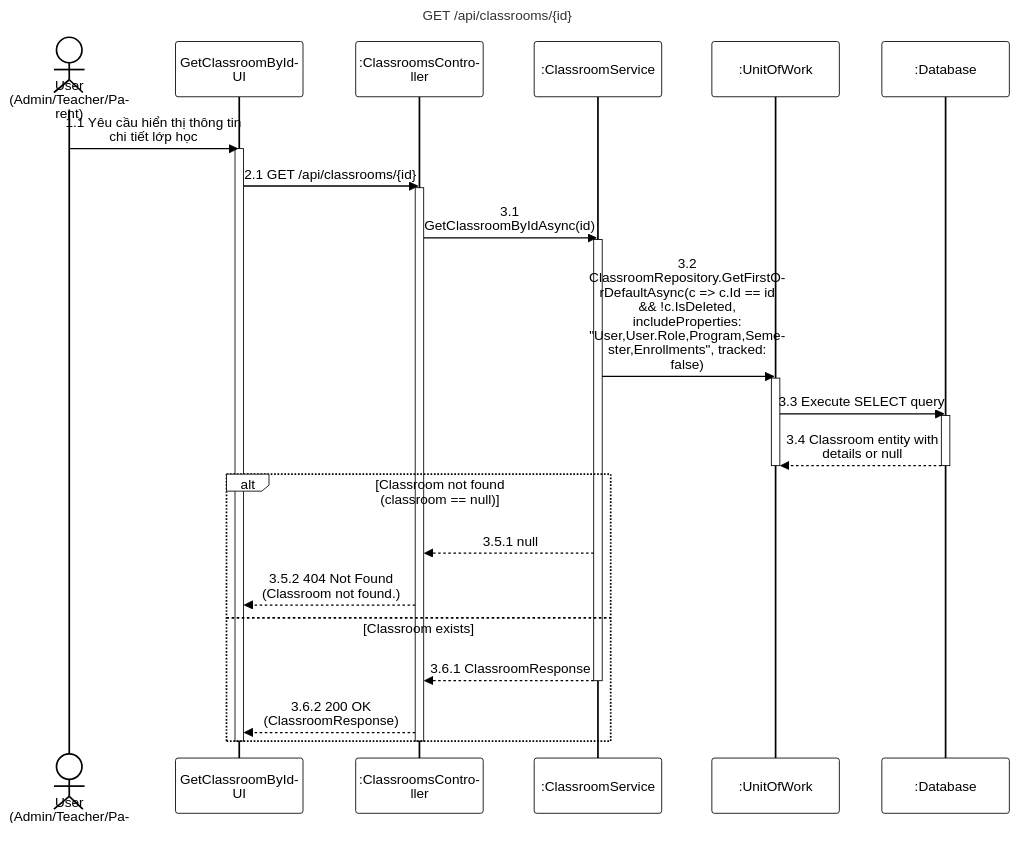
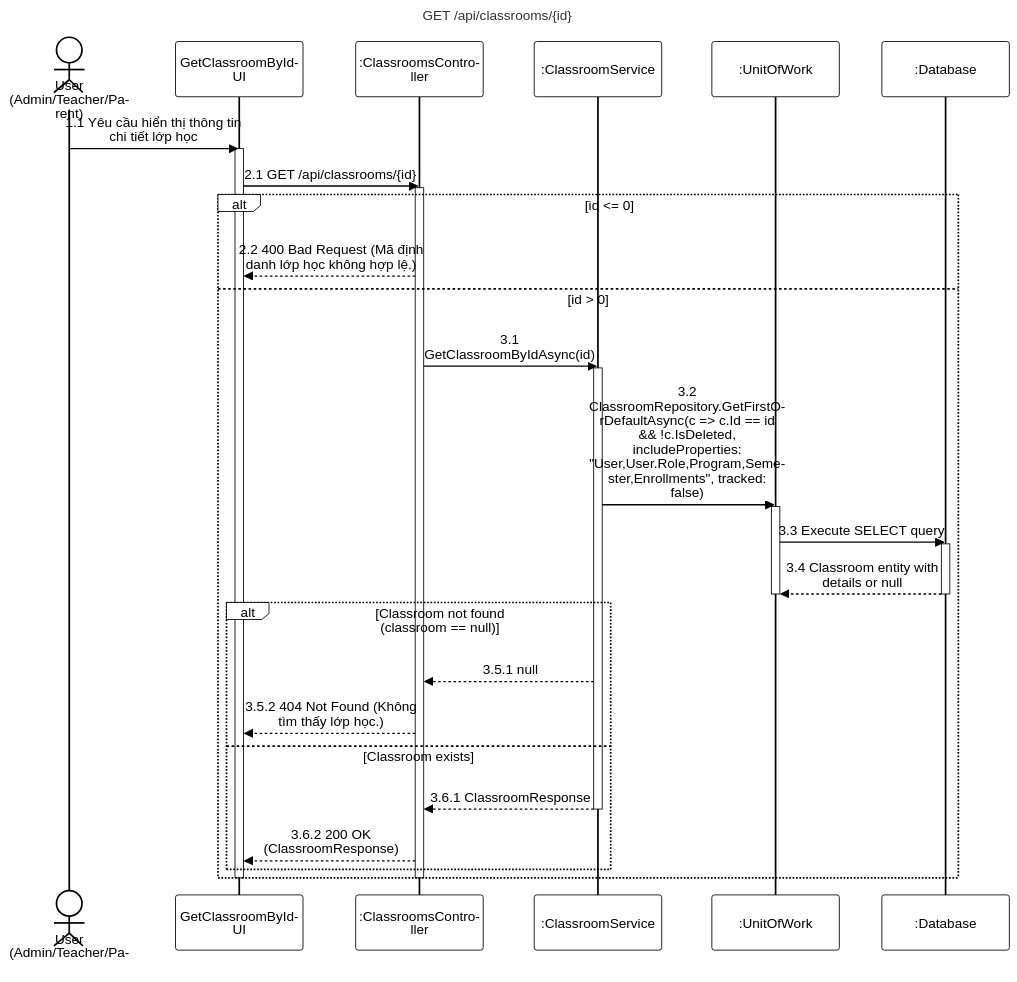
The diagram in 03-classroom-management/sequence-diagram/apis/get-classroom-by-id.mmd (PhucAnDev/docx-diagram), drawn with Mermaid before and after one commit. The commit also changed 1 other file, not shown here.

Commit message:
fix: update get-classroom-by-id diagram to add id validation and correct response message

```diff
--- a/03-classroom-management/sequence-diagram/apis/get-classroom-by-id.mmd
+++ b/03-classroom-management/sequence-diagram/apis/get-classroom-by-id.mmd
@@ -1,36 +1,40 @@
 %%{init: {'theme':'base', 'themeVariables': {'actorBkg':'#ffffff','actorBorder':'#000000','actorTextColor':'#000000','actorLineColor':'#000000','signalColor':'#000000','signalTextColor':'#000000','labelBoxBkgColor':'#ffffff','labelBoxBorderColor':'#000000','labelTextColor':'#000000','loopTextColor':'#000000','noteBkgColor':'#ffffff','noteBorderColor':'#000000','noteTextColor':'#000000','activationBorderColor':'#000000','activationBkgColor':'#ffffff','sequenceNumberColor':'#000000'}, 'sequence': {'width':150,'height':65,'actorFontSize':16,'messageFontSize':16,'wrap':true,'wrapPadding':10}}}%%
 sequenceDiagram
     title GET /api/classrooms/{id}
     actor User as User (Admin/Teacher/Parent)
     participant UI as GetClassroomByIdUI
     participant Endpoint as :ClassroomsController
     participant Service as :ClassroomService
     participant DB as :UnitOfWork
     participant Database as :Database
 
     User->>UI: 1.1 Yêu cầu hiển thị thông tin chi tiết lớp học
     activate UI
     UI->>Endpoint: 2.1 GET /api/classrooms/{id}
     activate Endpoint
 
-    Endpoint->>Service: 3.1 GetClassroomByIdAsync(id)
-    activate Service
+    alt id <= 0
+        Endpoint-->>UI: 2.2 400 Bad Request (Mã định danh lớp học không hợp lệ.)
+    else id > 0
+        Endpoint->>Service: 3.1 GetClassroomByIdAsync(id)
+        activate Service
 
-    Service->>DB: 3.2 ClassroomRepository.GetFirstOrDefaultAsync(c => c.Id == id && !c.IsDeleted, includeProperties: "User,User.Role,Program,Semester,Enrollments", tracked: false)
-    activate DB
-    DB->>Database: 3.3 Execute SELECT query
-    activate Database
-    Database-->>DB: 3.4 Classroom entity with details or null
-    deactivate Database
-    deactivate DB
+        Service->>DB: 3.2 ClassroomRepository.GetFirstOrDefaultAsync(c => c.Id == id && !c.IsDeleted, includeProperties: "User,User.Role,Program,Semester,Enrollments", tracked: false)
+        activate DB
+        DB->>Database: 3.3 Execute SELECT query
+        activate Database
+        Database-->>DB: 3.4 Classroom entity with details or null
+        deactivate Database
+        deactivate DB
 
-    alt Classroom not found (classroom == null)
-        Service-->>Endpoint: 3.5.1 null
-        Endpoint-->>UI: 3.5.2 404 Not Found (Classroom not found.)
-    else Classroom exists
-        Service-->>Endpoint: 3.6.1 ClassroomResponse
-        deactivate Service
-        Endpoint-->>UI: 3.6.2 200 OK (ClassroomResponse)
+        alt Classroom not found (classroom == null)
+            Service-->>Endpoint: 3.5.1 null
+            Endpoint-->>UI: 3.5.2 404 Not Found (Không tìm thấy lớp học.)
+        else Classroom exists
+            Service-->>Endpoint: 3.6.1 ClassroomResponse
+            deactivate Service
+            Endpoint-->>UI: 3.6.2 200 OK (ClassroomResponse)
+        end
     end
     deactivate Endpoint
     deactivate UI
```
